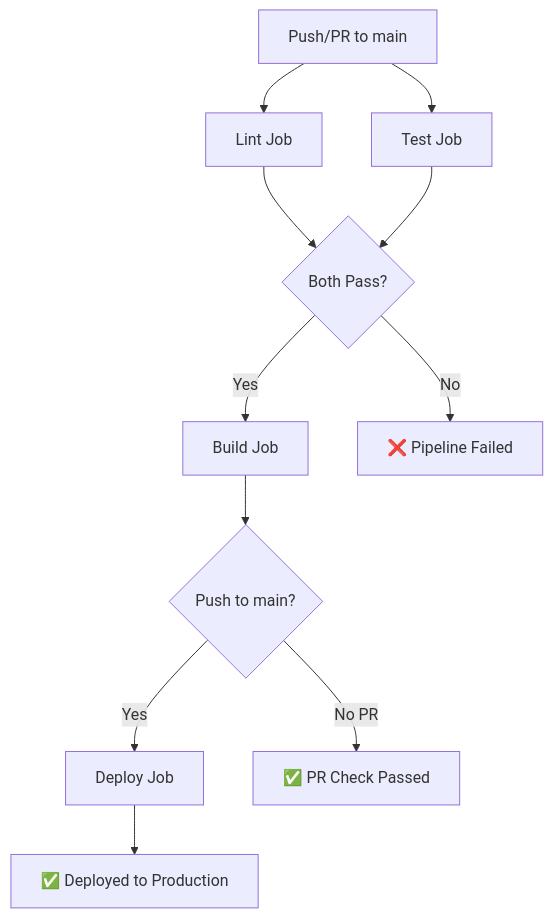
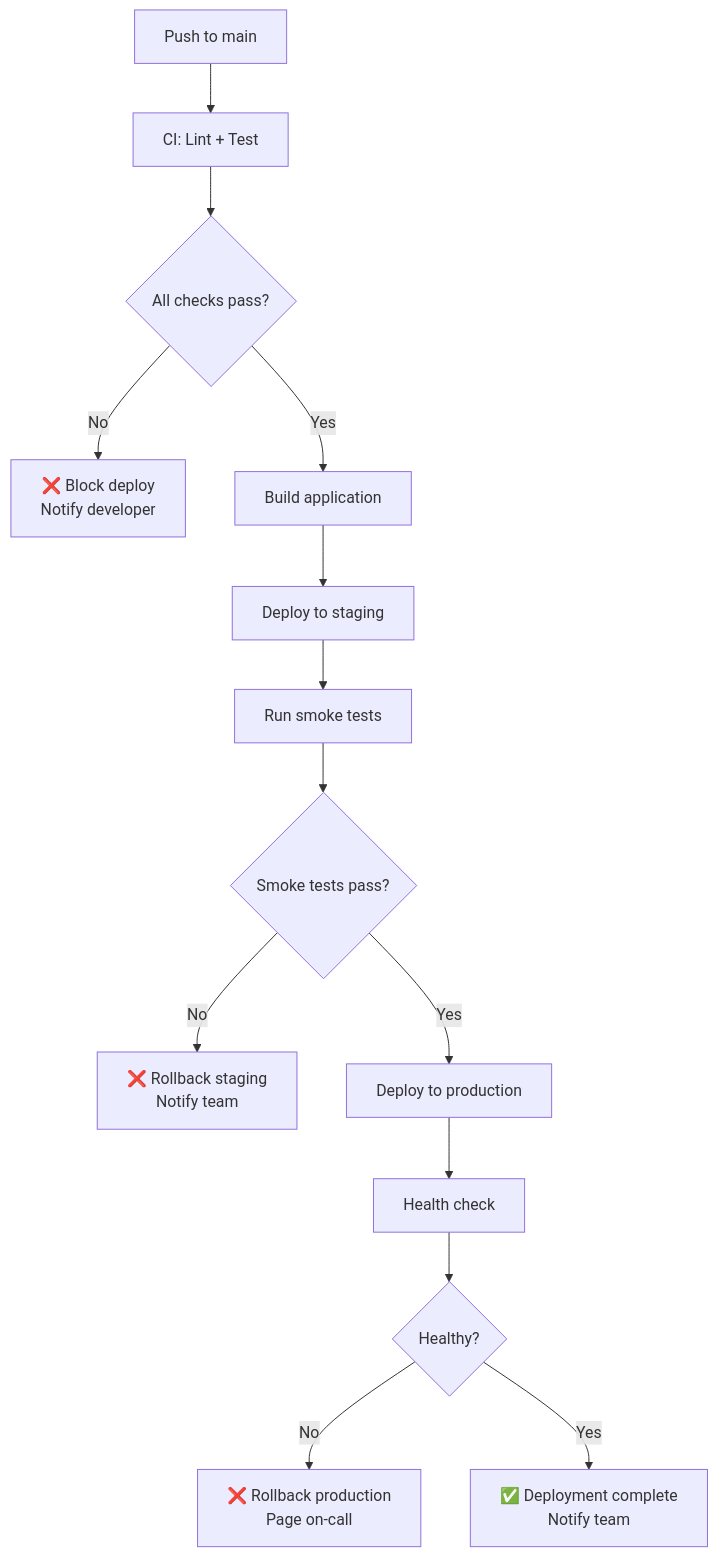
One commit to vikasthakurr/FullStack-WebDev-Notes changed the fourth of 4 diagrams in 08-deployment/04-cicd-github-actions.md. Above: the diagram before and after it, drawn with Mermaid. The commit also changed other lines of this file and 57 other files, not shown here.

````diff
--- a/08-deployment/04-cicd-github-actions.md
+++ b/08-deployment/04-cicd-github-actions.md
@@ -355,13 +763,16 @@
 ```mermaid
-graph TD
-    A[Push/PR to main] --> B[Lint Job]
-    A --> C[Test Job]
-    B --> D{Both Pass?}
-    C --> D
-    D -->|Yes| E[Build Job]
-    E --> F{Push to main?}
-    F -->|Yes| G[Deploy Job]
-    F -->|No PR| H[✅ PR Check Passed]
-    G --> I[✅ Deployed to Production]
-    D -->|No| J[❌ Pipeline Failed]
+flowchart TD
+    A[Push to main] --> B[CI: Lint + Test]
+    B --> C{All checks pass?}
+    C -->|No| D[❌ Block deploy\nNotify developer]
+    C -->|Yes| E[Build application]
+    E --> F[Deploy to staging]
+    F --> G[Run smoke tests]
+    G --> H{Smoke tests pass?}
+    H -->|No| I[❌ Rollback staging\nNotify team]
+    H -->|Yes| J[Deploy to production]
+    J --> K[Health check]
+    K --> L{Healthy?}
+    L -->|No| M[❌ Rollback production\nPage on-call]
+    L -->|Yes| N[✅ Deployment complete\nNotify team]
 ```
````
